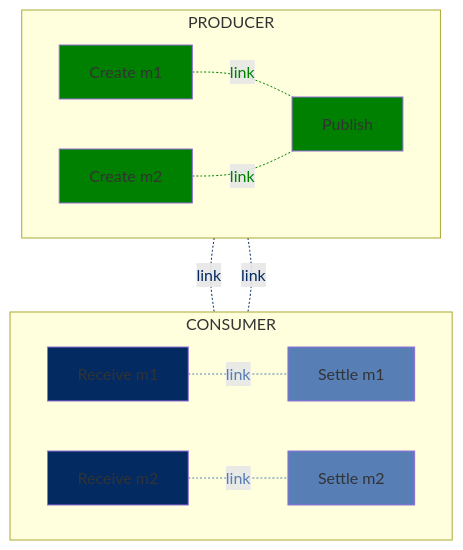
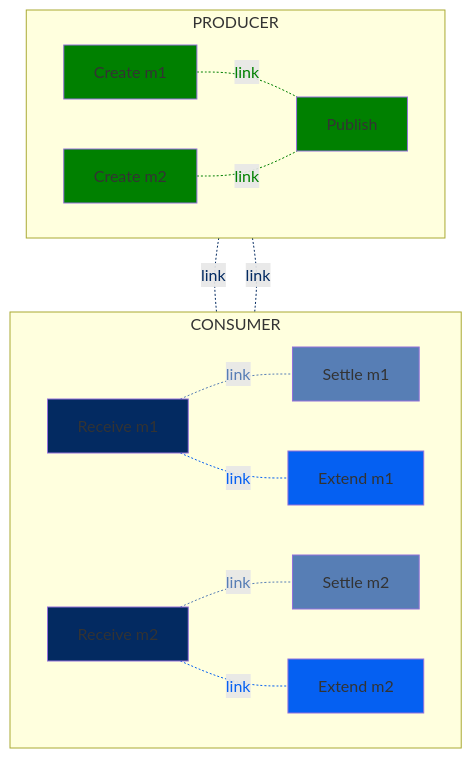
Diagram 11 of 29 in docs/messaging/gcp-pubsub.md (alevenberg/semantic-conventions), drawn with Mermaid before and after one commit. The commit also changed other lines of this file, not shown here.

````diff
--- a/docs/messaging/gcp-pubsub.md
+++ b/docs/messaging/gcp-pubsub.md
@@ -522,45 +522,54 @@
 ```mermaid
 flowchart TD;
   subgraph CONSUMER
   direction LR
   RM1[Receive m1]
   SM1[Settle m1]
    RM2[Receive m2]
   SM2[Settle m2]
+  LM1[Extend m1]
+  LM2[Extend m2]
 
   end
   subgraph PRODUCER
   direction LR
   CM1[Create m1]
   CM2[Create m2]
   P[Publish]
   end
    %% Link 4 
 CM1-. link .-P;
    %% Link 5 
   CM2-. link .-P;
     %% Link 6 
  CM1-. link .-RM1;
     %% Link 7
  CM2-. link .-RM2;
      %% Link 8
  RM1-. link .-SM1;
    %% Link 9
   RM2-. link .-SM2;
-
+     %% Link 10
+ RM1-. link .-LM1;
+       %% Link 11
+ RM2-. link .-LM2;
   %% Style the node and corresponding link
   %% Producer links and nodes
   classDef producer fill:green
   class P,CM1,CM2 producer
   linkStyle 0,1 color:green,stroke:green
 
   %% Consumer links and nodes
   classDef consumer fill:#032a61
   class RM1,RM2 consumer
   linkStyle 2,3 color:#032a61,stroke:#032a61
 
   classDef ack fill:#577eb5
   class SM1,SM2 ack
   linkStyle 4,5 color:#577eb5,stroke:#577eb5
 
+  classDef lease fill:#0560f2
+  class LM1,LM2 lease
+  linkStyle 6,7 color:#0560f2,stroke:#0560f2
+
 ```
````
